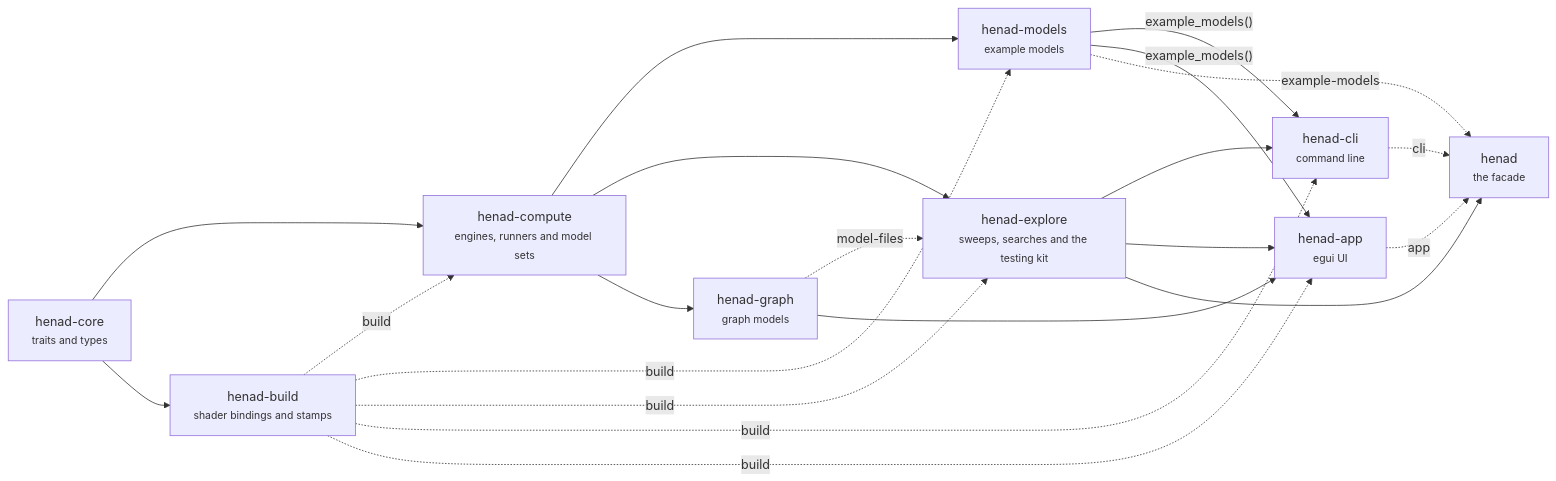
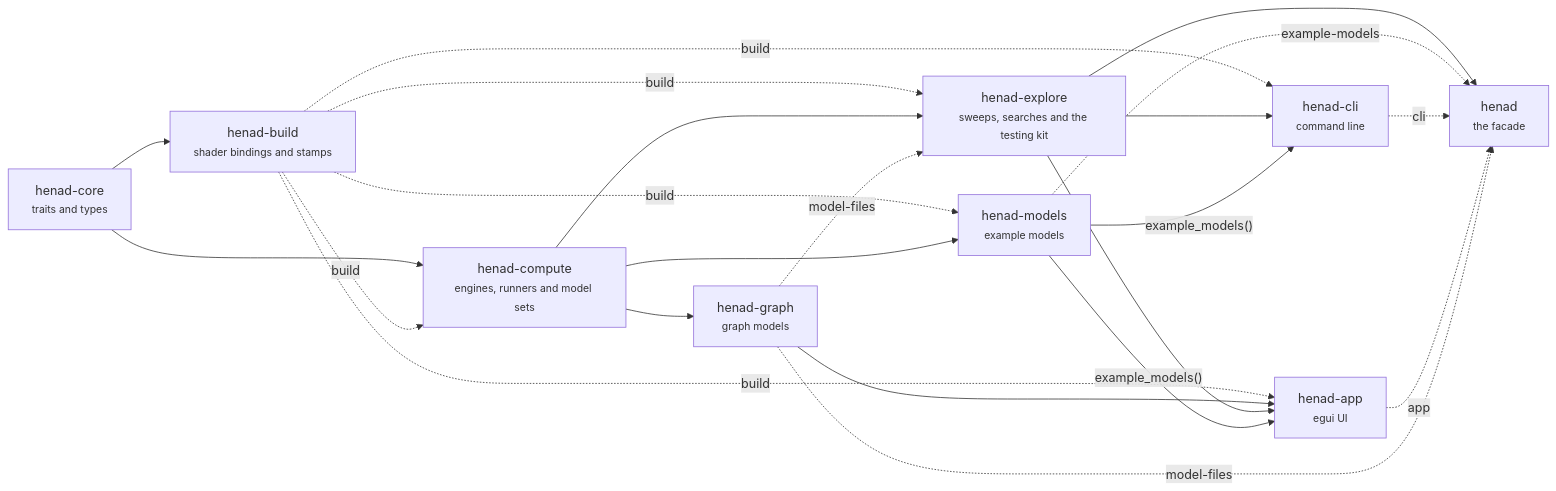
Before and after one commit to micfong-z/henad: the diagram in docs/developing/architecture.md, drawn with Mermaid. The commit also changed other lines of this file and 37 other files, not shown here.

````diff
--- a/docs/developing/architecture.md
+++ b/docs/developing/architecture.md
@@ -15,23 +15,24 @@
 ```mermaid
 graph LR
   core["henad-core<br/><small>traits and types</small>"] --> compute["henad-compute<br/><small>engines, runners and model sets</small>"]
   core --> build["henad-build<br/><small>shader bindings and stamps</small>"]
   build -. "build" .-> compute
   build -. "build" .-> models
   build -. "build" .-> explore
   build -. "build" .-> cli
   build -. "build" .-> app
   compute --> models["henad-models<br/><small>example models</small>"]
   compute --> explore["henad-explore<br/><small>sweeps, searches and the testing kit</small>"]
   compute --> graphcrate["henad-graph<br/><small>graph models</small>"]
   graphcrate -. "model-files" .-> explore
   graphcrate --> app
   explore --> cli["henad-cli<br/><small>command line</small>"]
   explore --> app["henad-app<br/><small>egui UI</small>"]
   models -- "example_models()" --> cli
   models -- "example_models()" --> app
   explore --> facade["henad<br/><small>the facade</small>"]
   models -. "example-models" .-> facade
   cli -. "cli" .-> facade
   app -. "app" .-> facade
+  graphcrate -. "model-files" .-> facade
 ```
````
